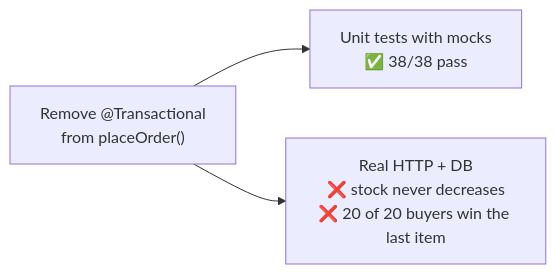
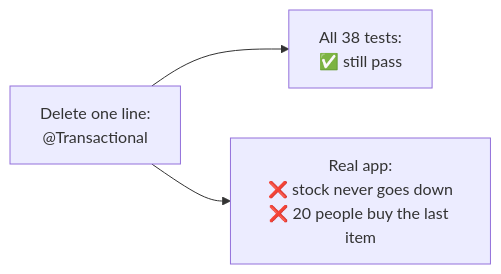
The fourth of 4 diagrams in README.md (tpillai/addysomani-agent-skill-demo), drawn with Mermaid before and after one commit. The commit also changed other lines of this file and 1 other file, not shown here.

````diff
--- a/README.md
+++ b/README.md
@@ -313,5 +103,5 @@
 ```mermaid
 flowchart LR
-    X["Remove @Transactional<br/>from placeOrder()"] --> U["Unit tests with mocks<br/>✅ 38/38 pass"]
-    X --> I["Real HTTP + DB<br/>❌ stock never decreases<br/>❌ 20 of 20 buyers win the last item"]
+    X["Delete one line:<br/>@Transactional"] --> T["All 38 tests:<br/>✅ still pass"]
+    X --> R["Real app:<br/>❌ stock never goes down<br/>❌ 20 people buy the last item"]
 ```
````
